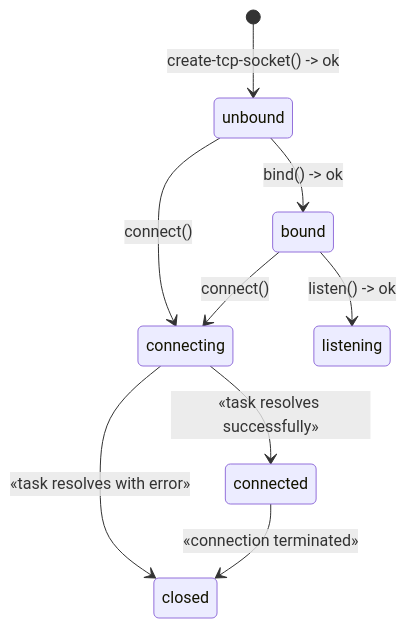
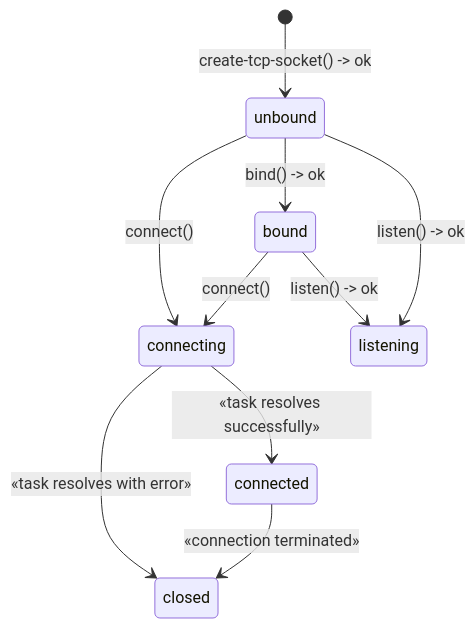
Before and after one commit to WebAssembly/wasi-sockets: the diagram in TcpSocketOperationalSemantics-0.3.0-draft.md, drawn with Mermaid. The commit also changed 1 other file, not shown here.

Commit message:
Now that binding a socket doesn't require a runtime network handle anymore, `listen` is free to do an implicit bind again. Just like POSIX.

````diff
--- a/TcpSocketOperationalSemantics-0.3.0-draft.md
+++ b/TcpSocketOperationalSemantics-0.3.0-draft.md
@@ -26,22 +26,23 @@
 ```mermaid
 stateDiagram-v2
     state "unbound" as Unbound
     state "bound" as Bound
     state "connecting" as Connecting
     state "connected" as Connected
     state "listening" as Listening
     state "closed" as Closed
 
 
     [*] --> Unbound: create-tcp-socket() -> ok
     Unbound --> Bound: bind() -> ok
     Unbound --> Connecting: connect()
 
     Connecting --> Connected: «task resolves successfully»
     Connecting --> Closed: «task resolves with error»
 
     Connected --> Closed: «connection terminated»
 
     Bound --> Connecting: connect()
     Bound --> Listening: listen() -> ok
+    Unbound --> Listening: listen() -> ok
 ```
````
